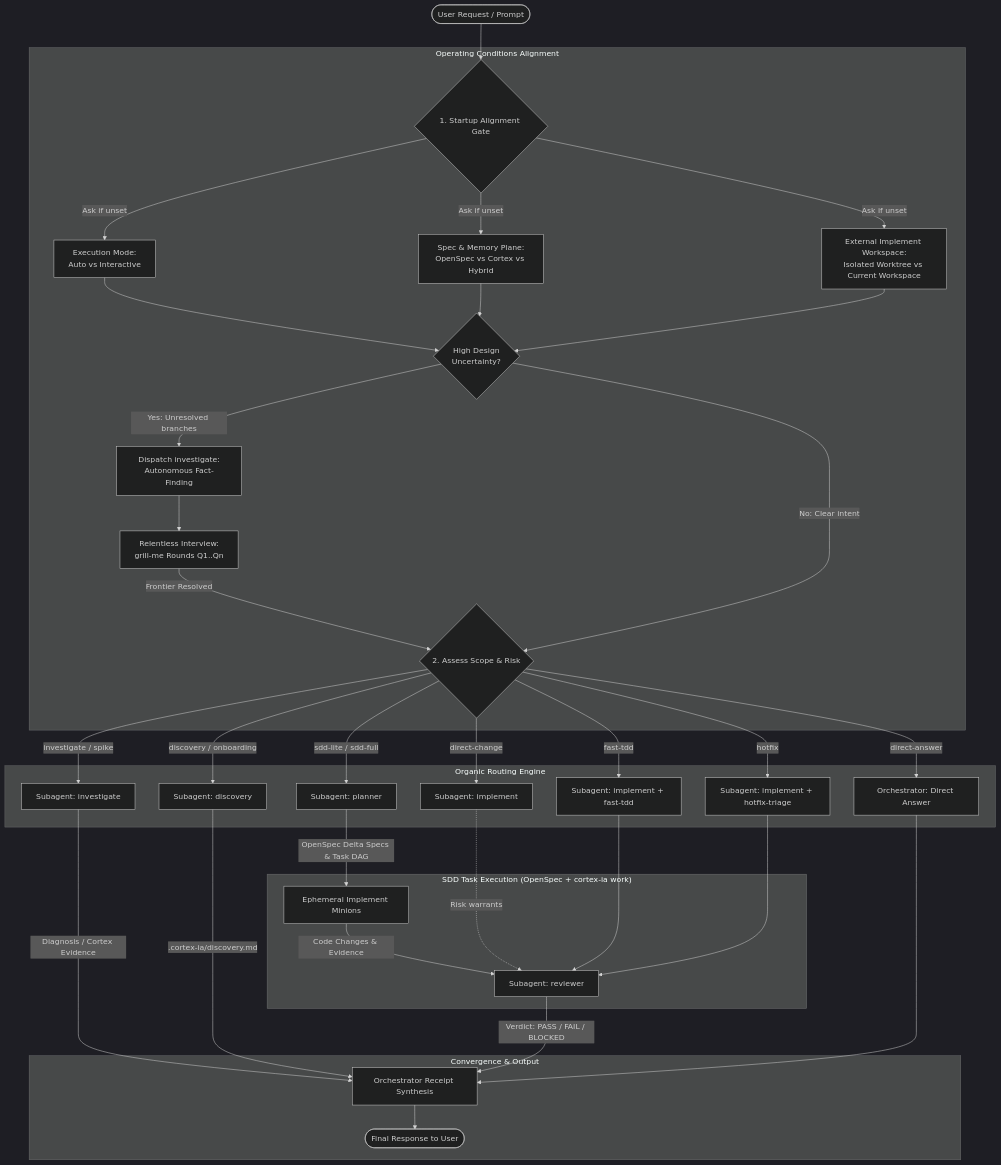
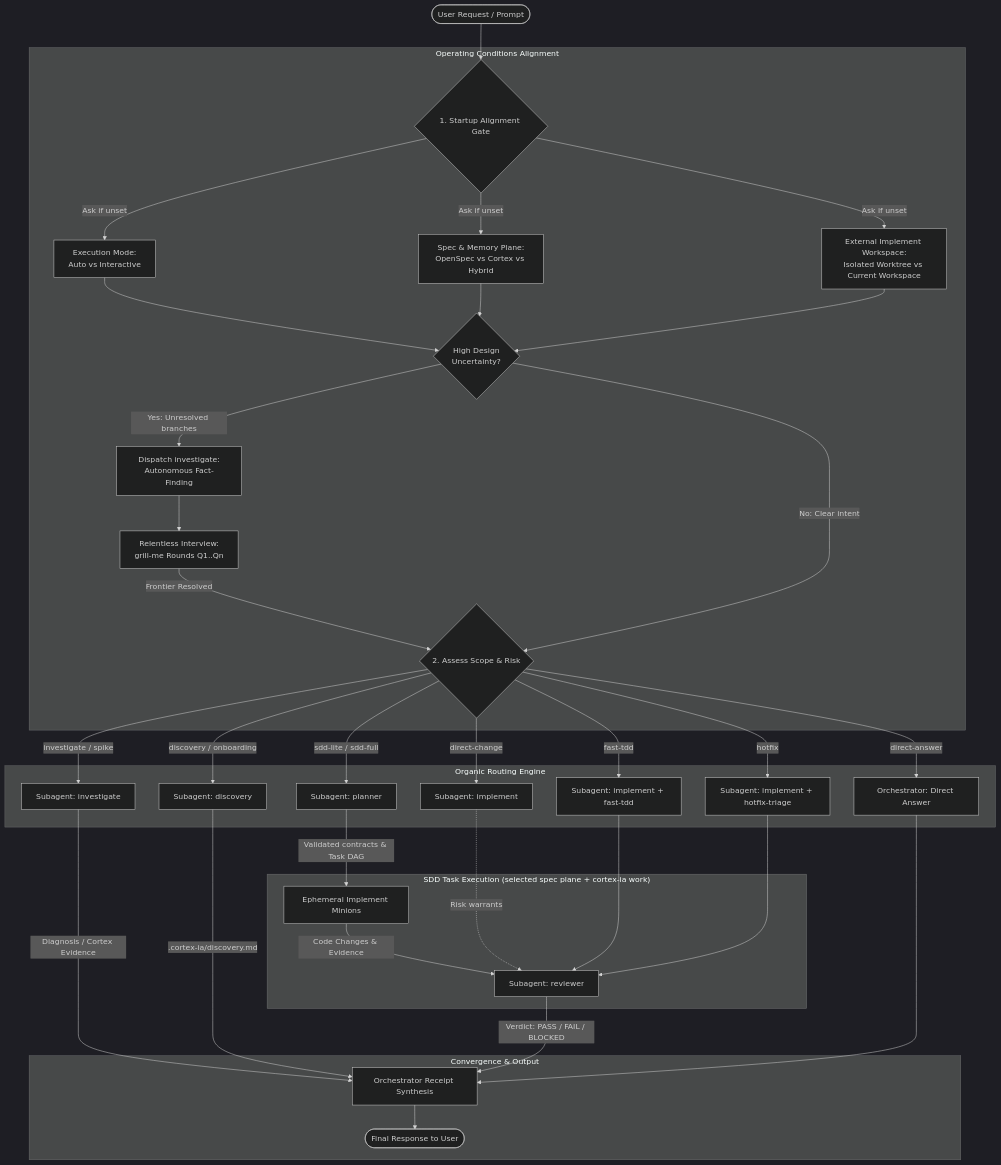
The first of 4 diagrams in internal/assets/AGENTS.md (lleontor705/cortex-ia), drawn with Mermaid (dark theme) before and after one commit. The commit also changed other lines of this file and 16 other files, not shown here.

````diff
--- a/internal/assets/AGENTS.md
+++ b/internal/assets/AGENTS.md
@@ -22,46 +22,46 @@
 ```mermaid
 flowchart TD
     User([User Request / Prompt]) --> StartGate{1. Startup Alignment Gate}
     
     subgraph Alignment ["Operating Conditions Alignment"]
         StartGate -->|Ask if unset| ModeChoice[Execution Mode:\nAuto vs Interactive]
         StartGate -->|Ask if unset| PlaneChoice[Spec & Memory Plane:\nOpenSpec vs Cortex vs Hybrid]
         StartGate -->|Ask if unset| WorkspaceChoice[External Implement Workspace:\nIsolated Worktree vs Current Workspace]
         
         ModeChoice --> AmbiguityCheck{High Design\nUncertainty?}
         PlaneChoice --> AmbiguityCheck
         WorkspaceChoice --> AmbiguityCheck
         
         AmbiguityCheck -->|Yes: Unresolved branches| InvFact[Dispatch investigate:\nAutonomous Fact-Finding]
         InvFact --> GrillMe[Relentless Interview:\ngrill-me Rounds Q1..Qn]
         GrillMe -->|Frontier Resolved| RouteDecision{2. Assess Scope & Risk}
         AmbiguityCheck -->|No: Clear intent| RouteDecision
     end
 
     subgraph Routing ["Organic Routing Engine"]
         RouteDecision -->|direct-answer| OrchSelf[Orchestrator: Direct Answer]
         RouteDecision -->|discovery / onboarding| SubDiscovery[Subagent: discovery]
         RouteDecision -->|investigate / spike| SubInv[Subagent: investigate]
         RouteDecision -->|direct-change| SubImpDirect[Subagent: implement]
         RouteDecision -->|fast-tdd| SubImpTDD[Subagent: implement + fast-tdd]
         RouteDecision -->|hotfix| SubImpHotfix[Subagent: implement + hotfix-triage]
         RouteDecision -->|sdd-lite / sdd-full| SubPlan[Subagent: planner]
     end
 
-    subgraph SDD_Flow ["SDD Task Execution (OpenSpec + cortex-ia work)"]
-        SubPlan -->|OpenSpec Delta Specs & Task DAG| Minions[Ephemeral Implement Minions]
+    subgraph SDD_Flow ["SDD Task Execution (selected spec plane + cortex-ia work)"]
+        SubPlan -->|Validated contracts & Task DAG| Minions[Ephemeral Implement Minions]
         Minions -->|Code Changes & Evidence| SubRev[Subagent: reviewer]
     end
 
     SubImpDirect -.->|Risk warrants| SubRev
     SubImpTDD --> SubRev
     SubImpHotfix --> SubRev
 
     subgraph Convergence ["Convergence & Output"]
         SubInv -->|Diagnosis / Cortex Evidence| OrchFinal[Orchestrator Receipt Synthesis]
         SubDiscovery -->|.cortex-ia/discovery.md| OrchFinal
         SubRev -->|Verdict: PASS / FAIL / BLOCKED| OrchFinal
         OrchSelf --> OrchFinal
         OrchFinal --> Done([Final Response to User])
     end
 ```
````
